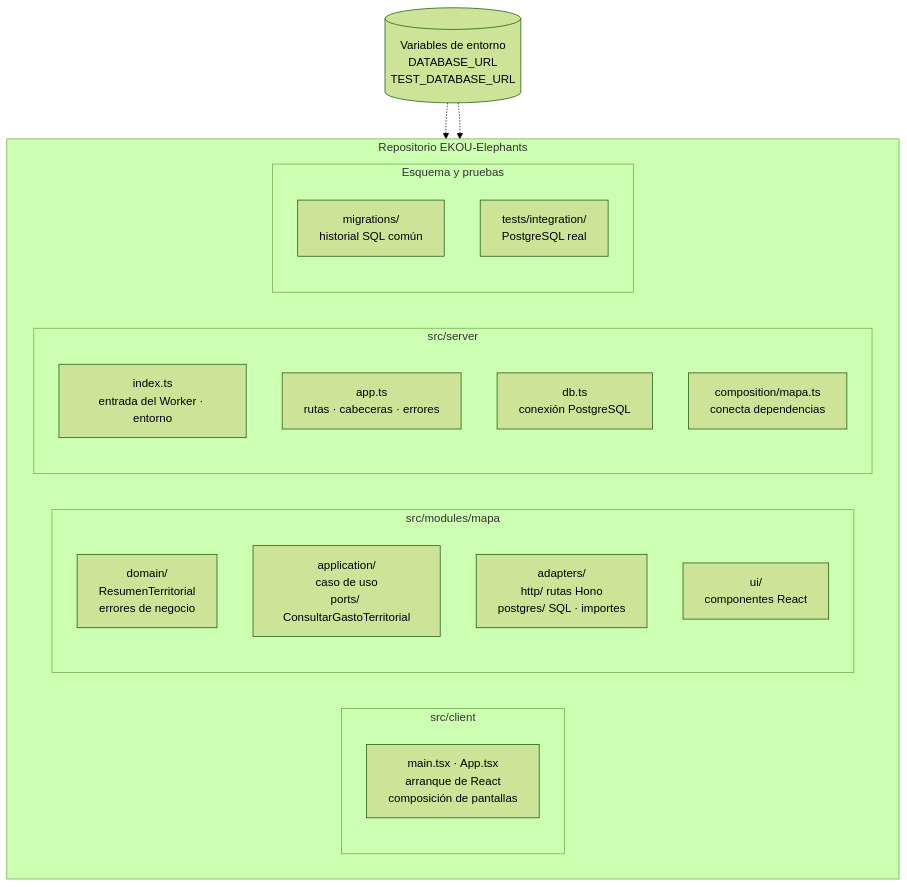
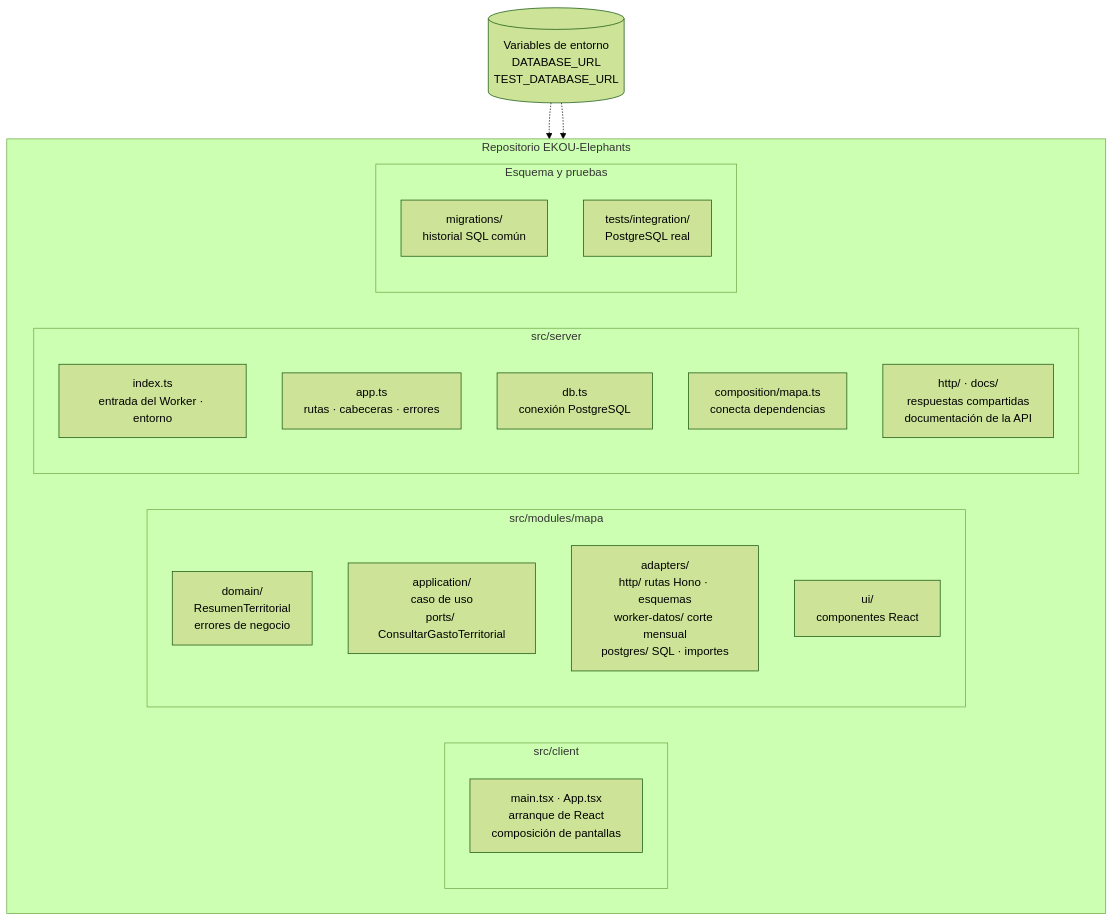
Before and after one commit to EKOU-Solutions/EKOU-Elephants: the second of 4 diagrams in docs/arquitectura.md, drawn with Mermaid (forest theme). The commit also changed other lines of this file and 3 other files, not shown here.

````diff
--- a/docs/arquitectura.md
+++ b/docs/arquitectura.md
@@ -37,28 +39,29 @@
 ```mermaid
 flowchart TB
     subgraph REPO["Repositorio EKOU-Elephants"]
         direction LR
         subgraph CLI["src/client"]
             MAIN["main.tsx · App.tsx<br/>arranque de React<br/>composición de pantallas"]
         end
         subgraph MOD["src/modules/mapa"]
             DOM["domain/<br/>ResumenTerritorial<br/>errores de negocio"]
             APP["application/<br/>caso de uso<br/>ports/ ConsultarGastoTerritorial"]
-            ADP["adapters/<br/>http/ rutas Hono<br/>postgres/ SQL · importes"]
+            ADP["adapters/<br/>http/ rutas Hono · esquemas<br/>worker-datos/ corte mensual<br/>postgres/ SQL · importes"]
             UIM["ui/<br/>componentes React"]
         end
         subgraph SRV["src/server"]
             IDX["index.ts<br/>entrada del Worker · entorno"]
             APPS["app.ts<br/>rutas · cabeceras · errores"]
             DBT["db.ts<br/>conexión PostgreSQL"]
             CMP["composition/mapa.ts<br/>conecta dependencias"]
+            HTP["http/ · docs/<br/>respuestas compartidas<br/>documentación de la API"]
         end
         subgraph DATA["Esquema y pruebas"]
             MIGS["migrations/<br/>historial SQL común"]
             INTG["tests/integration/<br/>PostgreSQL real"]
         end
     end
     SECRETS[("Variables de entorno<br/>DATABASE_URL<br/>TEST_DATABASE_URL")]
     SECRETS -.-> SRV
     SECRETS -.-> DATA
 ```
````
